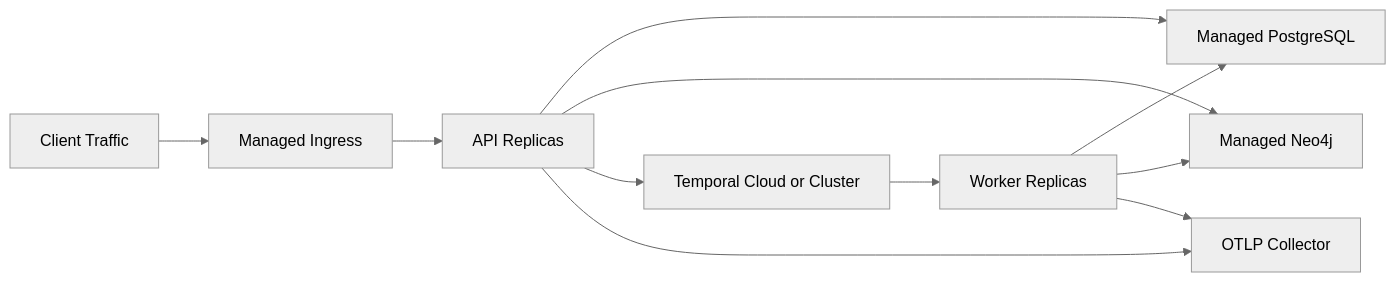
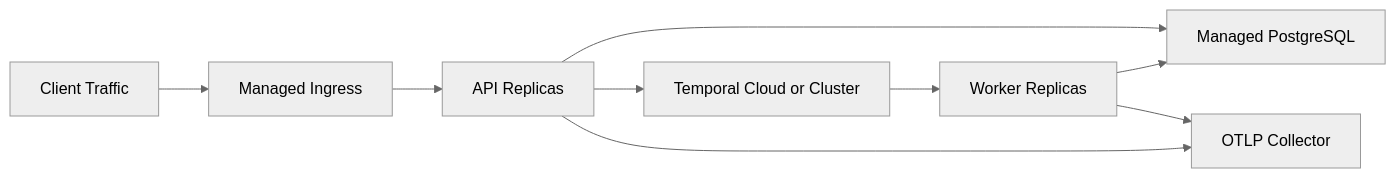
Before and after one commit to bhageerathi02/mem0: the sixth of 6 diagrams in docs/ARCHITECTURE.md, drawn with Mermaid (neutral theme). The commit also changed other lines of this file and 3 other files, not shown here.

Commit message:
removed the graph implementation

````diff
--- a/docs/ARCHITECTURE.md
+++ b/docs/ARCHITECTURE.md
@@ -633,13 +533,11 @@
 ```mermaid
 flowchart LR
     traffic["Client Traffic"] --> ingress["Managed Ingress"]
     ingress --> apiPods["API Replicas"]
     apiPods --> postgres["Managed PostgreSQL"]
-    apiPods --> neo4j["Managed Neo4j"]
     apiPods --> temporal["Temporal Cloud or Cluster"]
     temporal --> workerPods["Worker Replicas"]
     workerPods --> postgres
-    workerPods --> neo4j
     apiPods --> otel["OTLP Collector"]
     workerPods --> otel
 ```
````
